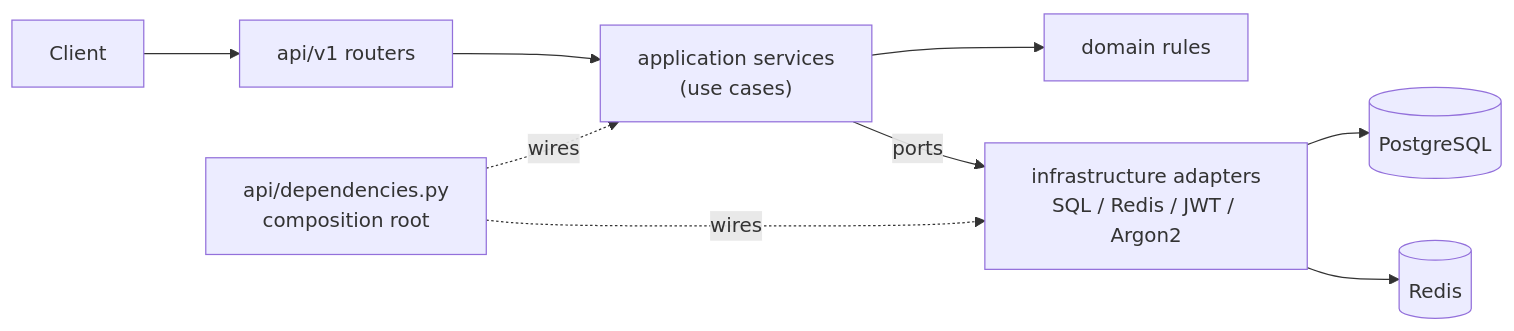
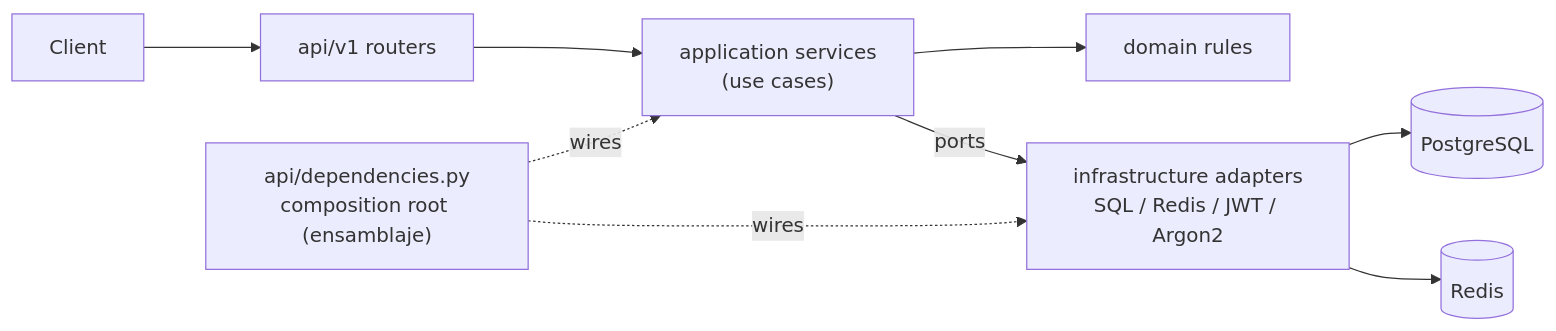
The first of 2 diagrams in docs/backend-architecture.md (lecosi/event_store), drawn with Mermaid before and after one commit. The commit also changed other lines of this file and 2 other files, not shown here.

Commit message:
docs(backend): simplify architecture and cache explanations

````diff
--- a/docs/backend-architecture.md
+++ b/docs/backend-architecture.md
@@ -37,11 +35,11 @@
 ```mermaid
 flowchart LR
     Client --> Router["api/v1 routers"]
     Router --> Service["application services<br/>(use cases)"]
     Service --> Domain["domain rules"]
     Service -- "ports" --> Adapter["infrastructure adapters<br/>SQL / Redis / JWT / Argon2"]
     Adapter --> DB[(PostgreSQL)]
     Adapter --> Cache[(Redis)]
-    Deps["api/dependencies.py<br/>composition root"] -. wires .-> Service
+    Deps["api/dependencies.py<br/>composition root (ensamblaje)"] -. wires .-> Service
     Deps -. wires .-> Adapter
 ```
````
